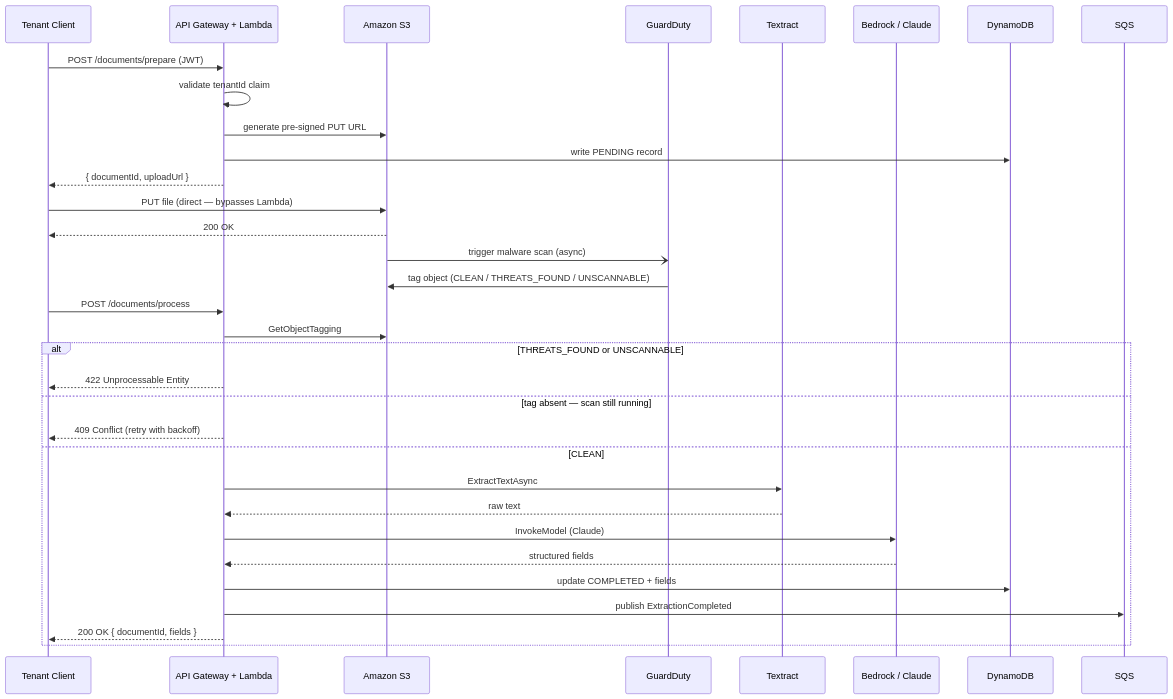
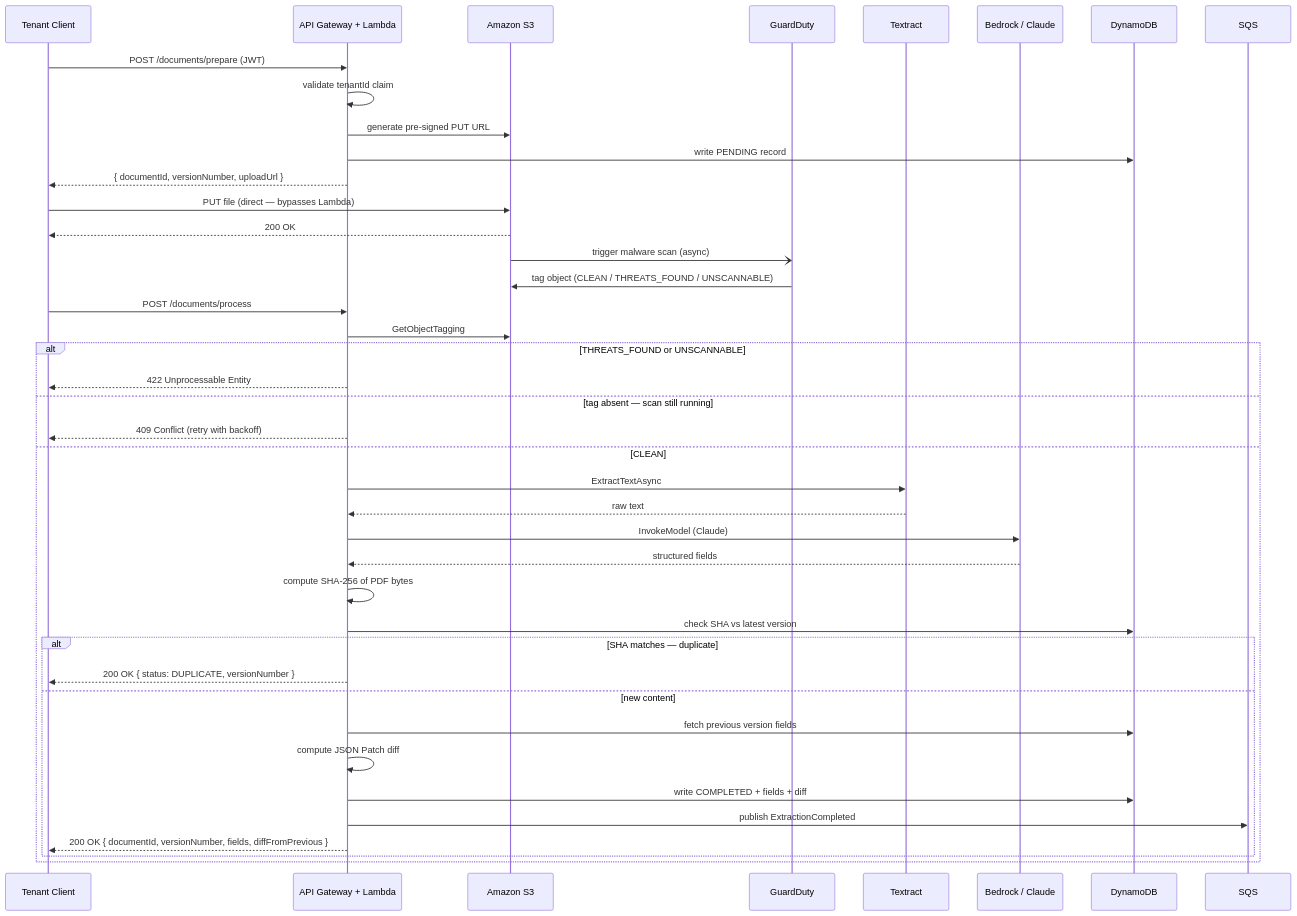
One commit to cincuentaydos/DocLens.Docs changed the first of 6 diagrams in docs/data-flow.md. Above: the diagram before and after it, drawn with Mermaid. The commit also changed other lines of this file and 4 other files, not shown here.

````diff
--- a/docs/data-flow.md
+++ b/docs/data-flow.md
@@ -7,39 +7,47 @@
 ```mermaid
 sequenceDiagram
     participant C as Tenant Client
     participant GW as API Gateway + Lambda
     participant S3 as Amazon S3
     participant GD as GuardDuty
     participant TX as Textract
     participant BD as Bedrock / Claude
     participant DB as DynamoDB
     participant SQ as SQS
 
     C->>GW: POST /documents/prepare (JWT)
     GW->>GW: validate tenantId claim
     GW->>S3: generate pre-signed PUT URL
     GW->>DB: write PENDING record
-    GW-->>C: { documentId, uploadUrl }
+    GW-->>C: { documentId, versionNumber, uploadUrl }
 
     C->>S3: PUT file (direct — bypasses Lambda)
     S3-->>C: 200 OK
     S3-)GD: trigger malware scan (async)
     GD->>S3: tag object (CLEAN / THREATS_FOUND / UNSCANNABLE)
 
     C->>GW: POST /documents/process
     GW->>S3: GetObjectTagging
 
     alt THREATS_FOUND or UNSCANNABLE
         GW-->>C: 422 Unprocessable Entity
     else tag absent — scan still running
         GW-->>C: 409 Conflict (retry with backoff)
     else CLEAN
         GW->>TX: ExtractTextAsync
         TX-->>GW: raw text
         GW->>BD: InvokeModel (Claude)
         BD-->>GW: structured fields
-        GW->>DB: update COMPLETED + fields
-        GW->>SQ: publish ExtractionCompleted
-        GW-->>C: 200 OK { documentId, fields }
+        GW->>GW: compute SHA-256 of PDF bytes
+        GW->>DB: check SHA vs latest version
+        alt SHA matches — duplicate
+            GW-->>C: 200 OK { status: DUPLICATE, versionNumber }
+        else new content
+            GW->>DB: fetch previous version fields
+            GW->>GW: compute JSON Patch diff
+            GW->>DB: write COMPLETED + fields + diff
+            GW->>SQ: publish ExtractionCompleted
+            GW-->>C: 200 OK { documentId, versionNumber, fields, diffFromPrevious }
+        end
     end
 ```
````
